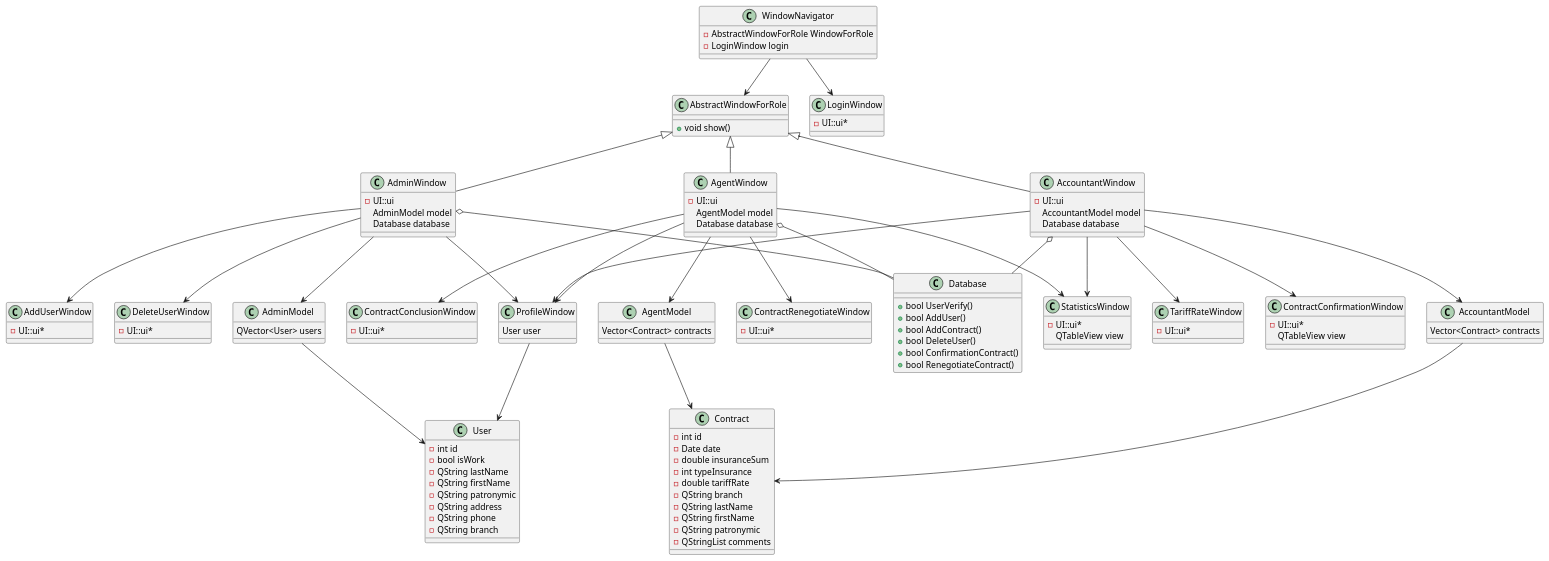
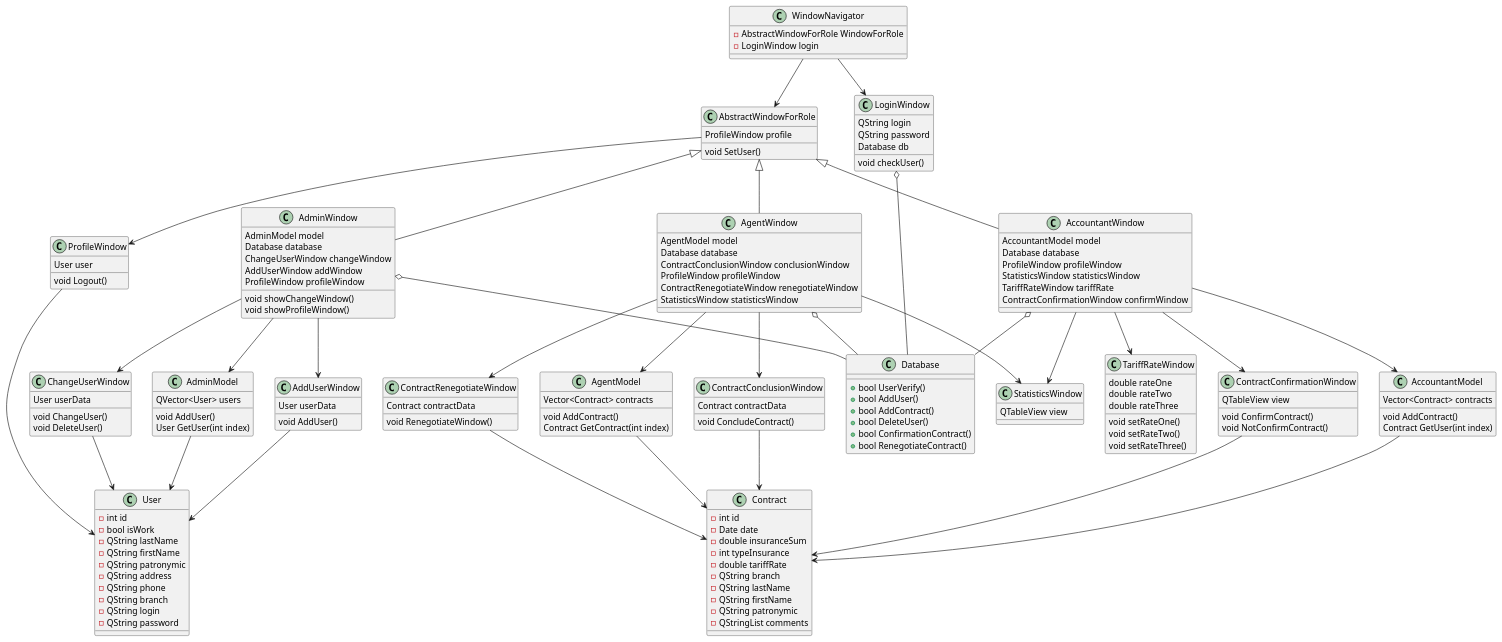
Before and after one commit to MiFit1/OSOGO: the diagram in Resource/Диаграмма классов/Класс.wsd, drawn with PlantUML. The commit also changed 6 other files, not shown here.

```diff
--- a/Resource/Диаграмма классов/Класс.wsd
+++ b/Resource/Диаграмма классов/Класс.wsd
@@ -1,140 +1,181 @@
 @startuml
 class User{
    -int id
    -bool isWork
    -QString lastName
    -QString firstName
    -QString patronymic
    -QString address
    -QString phone
    -QString branch
+   -QString login
+   -QString password
 }
 
 class Contract{
    -int id
    -Date date
    -double insuranceSum
    -int typeInsurance
    -double tariffRate
    -QString branch
    -QString lastName
    -QString firstName
    -QString patronymic
    -QStringList comments
 }
 
 class ProfileWindow{
    User user
+   void Logout()
 }
 
 class  LoginWindow{
-   -UI::ui*
+   QString login
+   QString password
+   Database db
+   void checkUser()
 }
 
 class TariffRateWindow{
-   -UI::ui*
+   double rateOne
+   double rateTwo
+   double rateThree
+   void setRateOne()
+   void setRateTwo()
+   void setRateThree()
 }
 
 class ContractConfirmationWindow{
-   -UI::ui*
+   
    QTableView view
+   void ConfirmContract()
+   void NotConfirmContract()
 }
 
 class ContractConclusionWindow{
-   -UI::ui*
+   Contract contractData
+   void ConcludeContract()
 }
 
 class ContractRenegotiateWindow{
-   -UI::ui*
+   Contract contractData
+   void RenegotiateWindow()
 }
 
 class StatisticsWindow{
-   -UI::ui*
+   
    QTableView view
 }
 
 class AddUserWindow{
-   -UI::ui*
+   User userData
+   void AddUser()
 }
 
-class DeleteUserWindow{
-   -UI::ui*
+class ChangeUserWindow{
+   User userData
+   void ChangeUser()
+   void DeleteUser()
 }
 
 class AbstractWindowForRole{
-   +void show()
+   ProfileWindow profile
+   void SetUser()
 }
 
 class WindowNavigator{
    -AbstractWindowForRole WindowForRole
    -LoginWindow login
 }
 
 class Database {
    +bool UserVerify()
    +bool AddUser()
    +bool AddContract()
    +bool DeleteUser()
    +bool ConfirmationContract()
    +bool RenegotiateContract()
 }
 
 class AdminWindow{
-   -UI::ui
    AdminModel model
    Database database
+   ChangeUserWindow changeWindow
+   AddUserWindow addWindow
+   ProfileWindow profileWindow
+   void showChangeWindow()
+   void showProfileWindow()
 }
 
 class AgentWindow{
-   -UI::ui
    AgentModel model
    Database database
+   ContractConclusionWindow conclusionWindow
+   ProfileWindow profileWindow
+   ContractRenegotiateWindow renegotiateWindow
+   StatisticsWindow statisticsWindow
 }
 
 class AccountantWindow{
-   -UI::ui
    AccountantModel model
    Database database
+   ProfileWindow profileWindow
+   StatisticsWindow statisticsWindow
+   TariffRateWindow tariffRate
+   ContractConfirmationWindow confirmWindow
 }
 
 class AdminModel{
    QVector<User> users
+   void AddUser()
+   User GetUser(int index)
 }
 
 class AccountantModel{
    Vector<Contract> contracts
+   void AddContract()
+   Contract GetUser(int index)
 }
 
 class AgentModel{
    Vector<Contract> contracts
+   void AddContract()
+   Contract GetContract(int index)
 }
 
 AbstractWindowForRole <|-- AdminWindow
 AbstractWindowForRole <|-- AgentWindow
 AbstractWindowForRole <|-- AccountantWindow
 AdminWindow --> AdminModel
 AccountantWindow --> AccountantModel
 AgentWindow --> AgentModel
 AgentWindow o-- Database
 AdminWindow o-- Database
 AccountantWindow o-- Database
 WindowNavigator --> AbstractWindowForRole
 WindowNavigator --> LoginWindow
 AdminWindow --> AddUserWindow
-AdminWindow --> DeleteUserWindow
+AdminWindow --> ChangeUserWindow
 AgentWindow --> ContractConclusionWindow
 AgentWindow --> ContractRenegotiateWindow
 AgentWindow --> StatisticsWindow
 AccountantWindow --> StatisticsWindow
 AccountantWindow --> ContractConfirmationWindow
 AccountantWindow --> TariffRateWindow
-AdminWindow --> ProfileWindow
-AgentWindow --> ProfileWindow
-AccountantWindow --> ProfileWindow
+AbstractWindowForRole --> ProfileWindow
 AgentModel --> Contract
 AccountantModel --> Contract
 AdminModel --> User
 ProfileWindow --> User
 
+AddUserWindow --> User
+ChangeUserWindow --> User
+
+ContractConclusionWindow --> Contract
+ContractRenegotiateWindow --> Contract
+ContractConfirmationWindow --> Contract
+
+LoginWindow o-- Database
 
 @enduml
```
